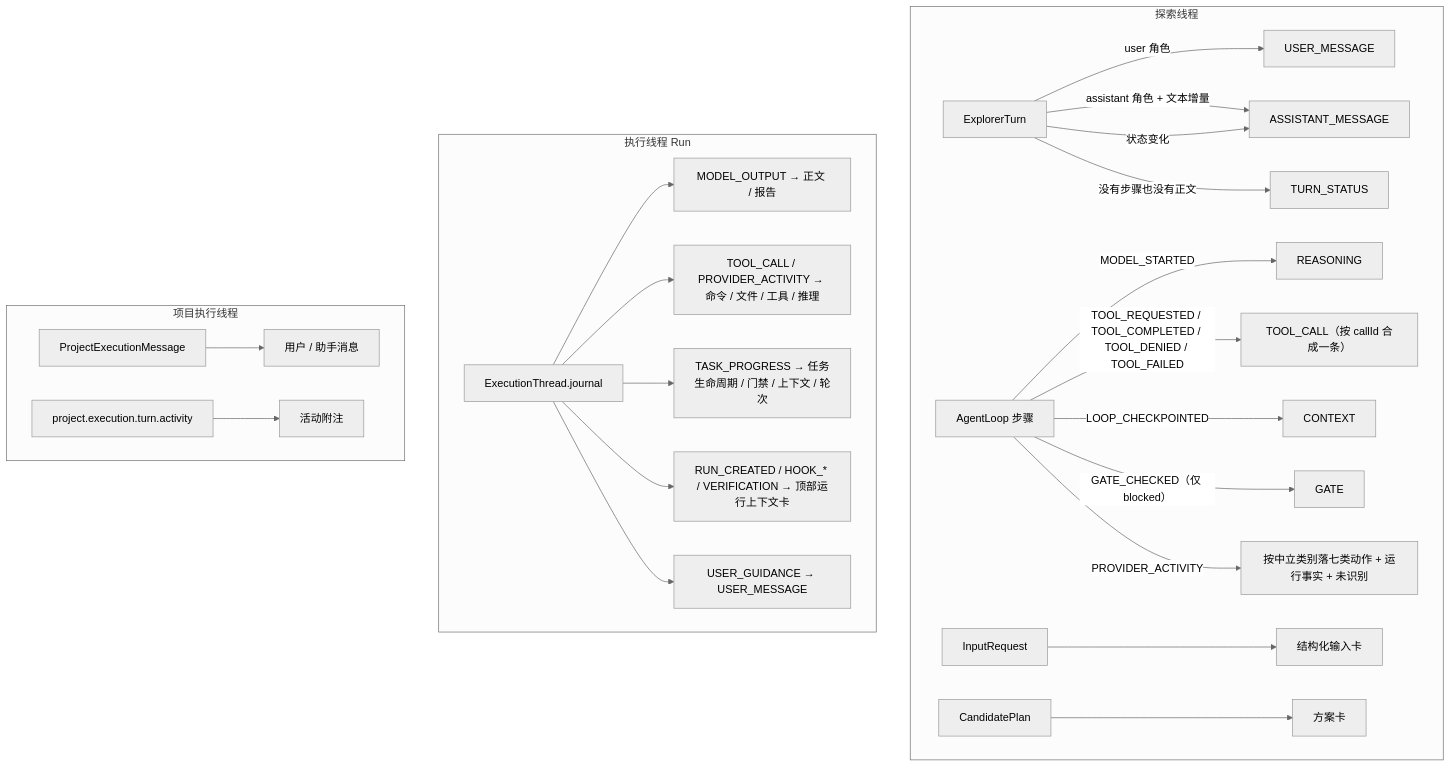
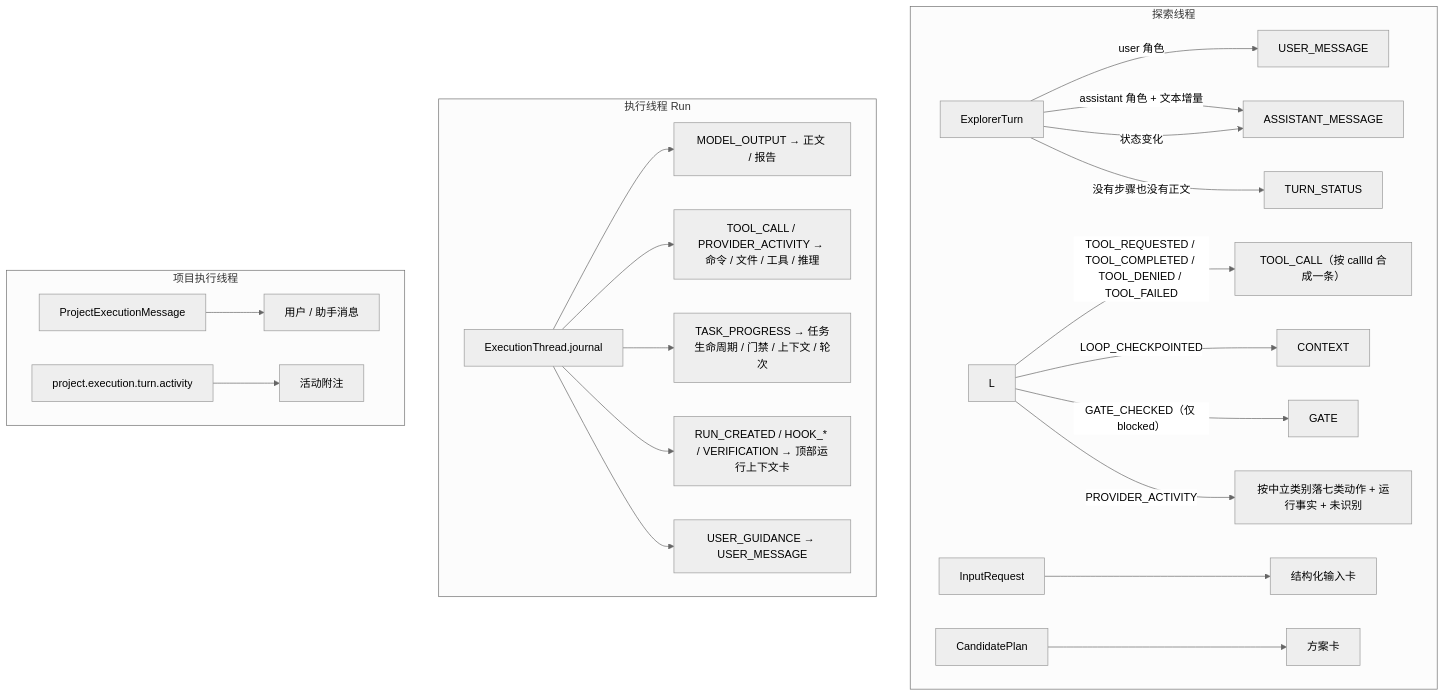
The ninth of 10 diagrams in docs/消息类型及事件状态机流程图.md (DigitalMarsh/pipeline-factory), drawn with Mermaid (neutral theme) before and after one commit. The commit also changed other lines of this file and 22 other files, not shown here.

````diff
--- a/docs/消息类型及事件状态机流程图.md
+++ b/docs/消息类型及事件状态机流程图.md
@@ -1475,27 +1475,26 @@
 ```mermaid
 flowchart TD
   subgraph 探索线程
     T["ExplorerTurn"] -->|"user 角色"| UM["USER_MESSAGE"]
     T -->|"assistant 角色 + 文本增量"| AM["ASSISTANT_MESSAGE"]
     T -->|"状态变化"| AM
     T -->|"没有步骤也没有正文"| TS["TURN_STATUS"]
-    L["AgentLoop 步骤"] -->|"MODEL_STARTED"| RS["REASONING"]
     L -->|"TOOL_REQUESTED / TOOL_COMPLETED / TOOL_DENIED / TOOL_FAILED"| TOOL["TOOL_CALL（按 callId 合成一条）"]
     L -->|"LOOP_CHECKPOINTED"| CD["CONTEXT"]
     L -->|"GATE_CHECKED（仅 blocked）"| GT["GATE"]
     L -->|"PROVIDER_ACTIVITY"| PA["按中立类别落七类动作 + 运行事实 + 未识别"]
     IR["InputRequest"] --> IC["结构化输入卡"]
     P["CandidatePlan"] --> PC["方案卡"]
   end
   subgraph 执行线程 Run
     J["ExecutionThread.journal"] --> MOD["MODEL_OUTPUT → 正文 / 报告"]
     J --> TC["TOOL_CALL / PROVIDER_ACTIVITY → 命令 / 文件 / 工具 / 推理"]
     J --> TP["TASK_PROGRESS → 任务生命周期 / 门禁 / 上下文 / 轮次"]
     J --> RA["RUN_CREATED / HOOK_* / VERIFICATION → 顶部运行上下文卡"]
     J --> UG["USER_GUIDANCE → USER_MESSAGE"]
   end
   subgraph 项目执行线程
     PE["ProjectExecutionMessage"] --> PM["用户 / 助手消息"]
     EV["project.execution.turn.activity"] --> PAL["活动附注"]
   end
 ```
````
